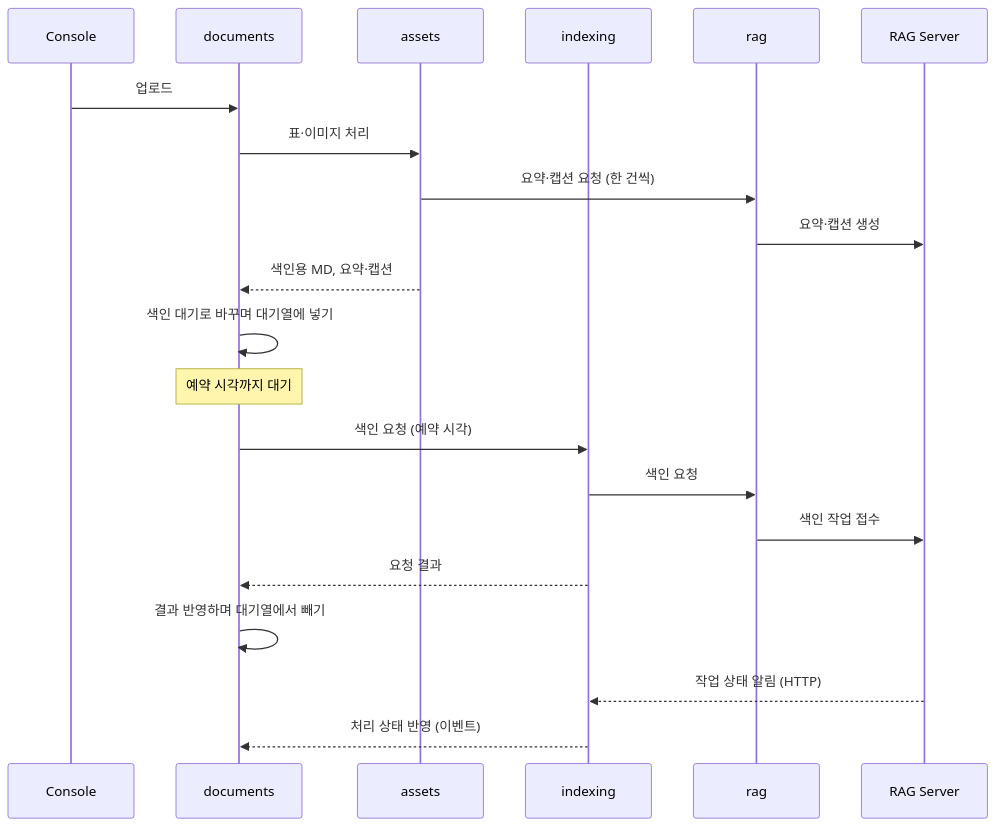
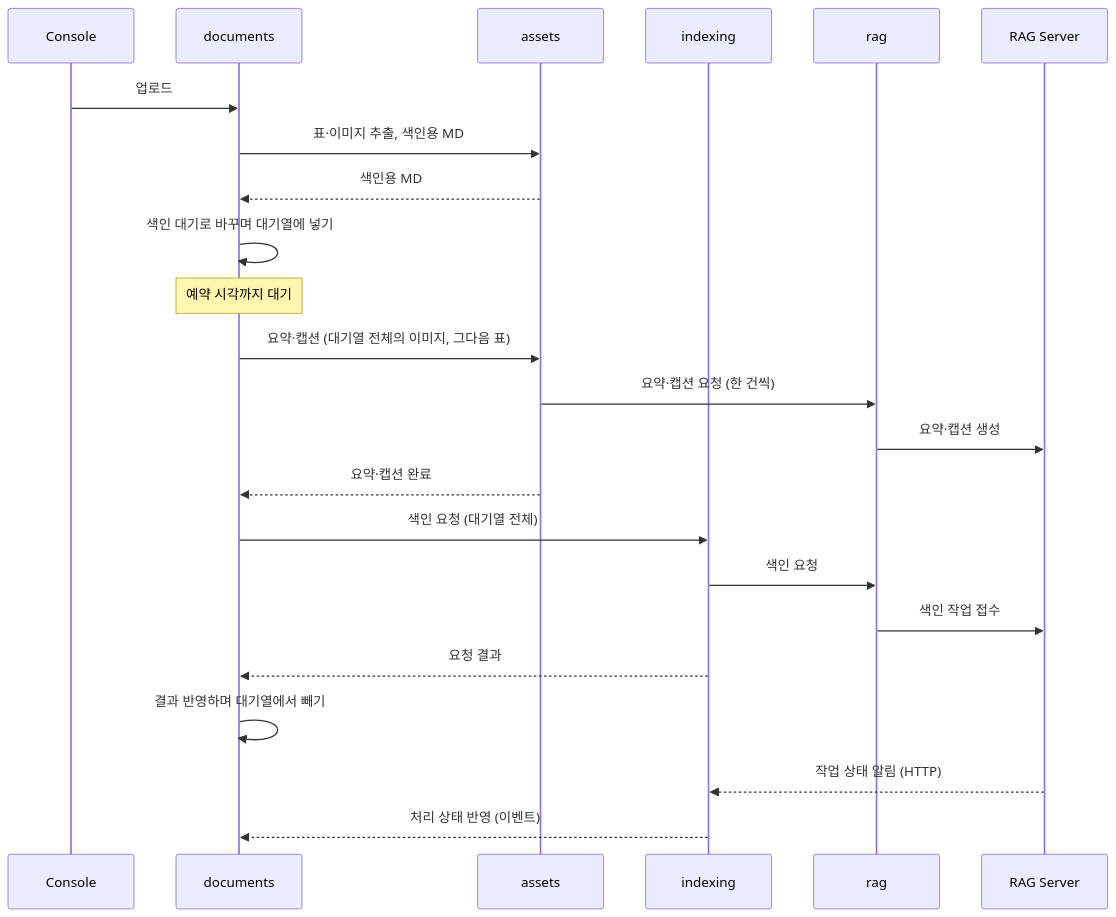
One commit to victor7-aquila/minerva changed the third of 4 diagrams in apps/backend/ARCHITECT.md. Above: the diagram before and after it, drawn with Mermaid. The commit also changed other lines of this file and 112 other files, not shown here.

````diff
--- a/apps/backend/ARCHITECT.md
+++ b/apps/backend/ARCHITECT.md
@@ -175,23 +175,25 @@
 ```mermaid
 sequenceDiagram
     participant C as Console
     participant D as documents
     participant A as assets
     participant I as indexing
     participant R as rag
     participant RS as RAG Server
     C->>D: 업로드
-    D->>A: 표·이미지 처리
+    D->>A: 표·이미지 추출, 색인용 MD
+    A-->>D: 색인용 MD
+    D->>D: 색인 대기로 바꾸며 대기열에 넣기
+    Note over D: 예약 시각까지 대기
+    D->>A: 요약·캡션 (대기열 전체의 이미지, 그다음 표)
     A->>R: 요약·캡션 요청 (한 건씩)
     R->>RS: 요약·캡션 생성
-    A-->>D: 색인용 MD, 요약·캡션
-    D->>D: 색인 대기로 바꾸며 대기열에 넣기
-    Note over D: 예약 시각까지 대기
-    D->>I: 색인 요청 (예약 시각)
+    A-->>D: 요약·캡션 완료
+    D->>I: 색인 요청 (대기열 전체)
     I->>R: 색인 요청
     R->>RS: 색인 작업 접수
     I-->>D: 요청 결과
     D->>D: 결과 반영하며 대기열에서 빼기
     RS-->>I: 작업 상태 알림 (HTTP)
     I-->>D: 처리 상태 반영 (이벤트)
 ```
````
